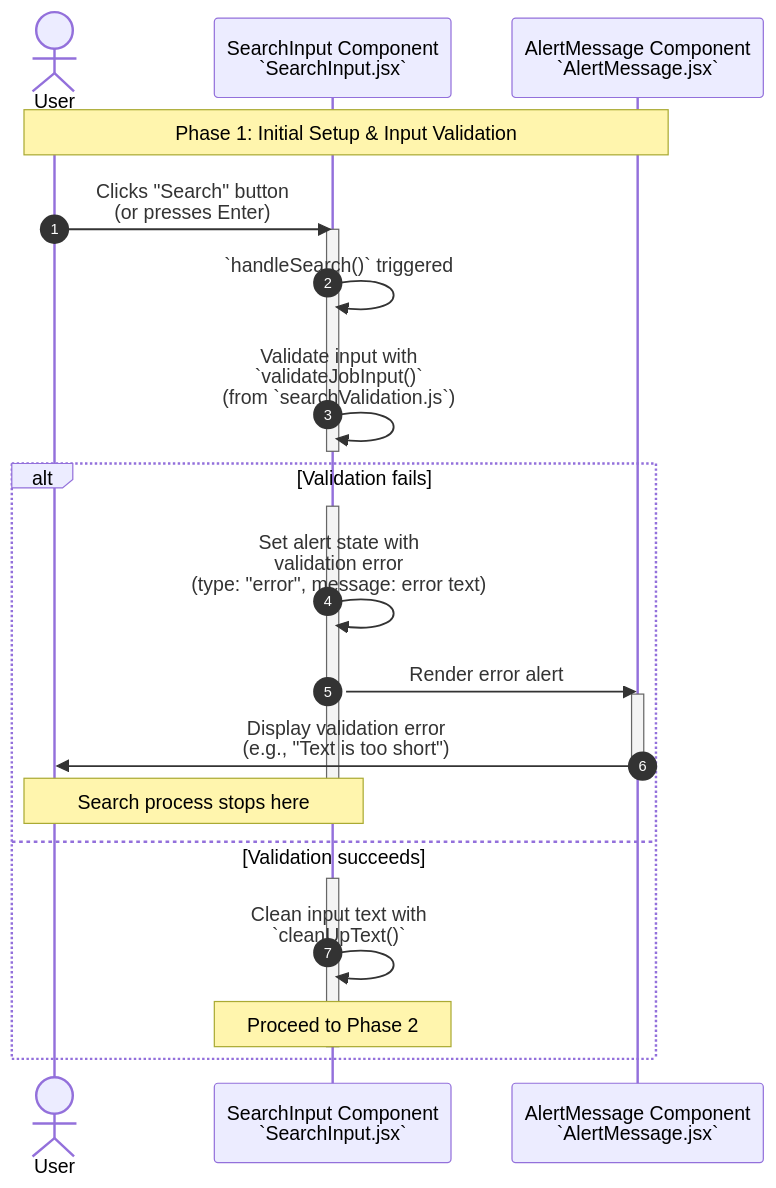
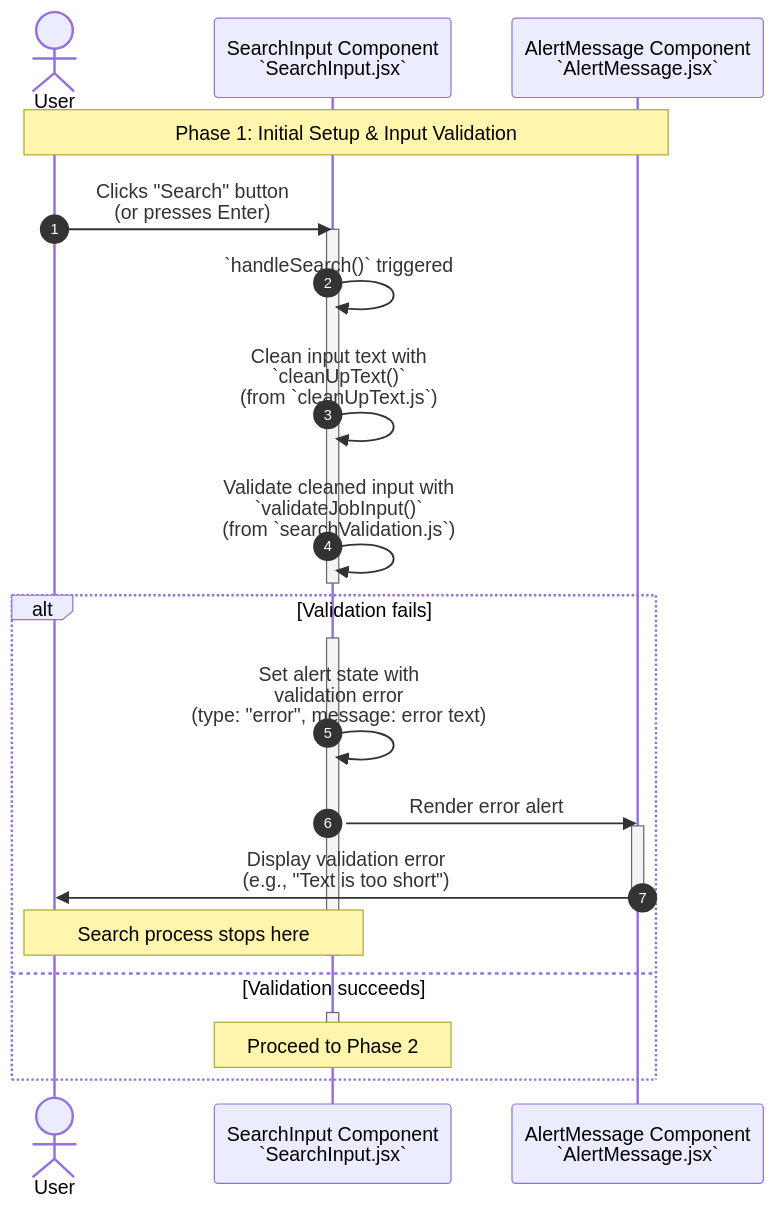
The diagram in documentation/jobFetch/1.Initial Setup & Input Validation.md (YahyaAl-Ademi/2025.10.23-JobCompass), drawn with Mermaid before and after one commit. The commit also changed 1 other file, not shown here.

Commit message:
Fix pagination logic in OpenPositions component to use filteredJobs instead of sortedJobs, ensuring accurate job display. Update job fetch documentation to reflect the new input validation process, including text cleanup before validation.

````diff
--- a/documentation/jobFetch/1.Initial Setup & Input Validation.md
+++ b/documentation/jobFetch/1.Initial Setup & Input Validation.md
@@ -3,30 +3,30 @@
 ```mermaid
 sequenceDiagram
     autonumber
     actor User
     participant SearchInput as SearchInput Component<br/>`SearchInput.jsx`
     participant AlertMessage as AlertMessage Component<br/>`AlertMessage.jsx`
 
     Note over User,AlertMessage: Phase 1: Initial Setup & Input Validation
     User->>SearchInput: Clicks "Search" button<br/>(or presses Enter)
     activate SearchInput
     SearchInput->>SearchInput: `handleSearch()` triggered
-    SearchInput->>SearchInput: Validate input with<br/>`validateJobInput()`<br/>(from `searchValidation.js`)
+    SearchInput->>SearchInput: Clean input text with<br/>`cleanUpText()`<br/>(from `cleanUpText.js`)
+    SearchInput->>SearchInput: Validate cleaned input with<br/>`validateJobInput()`<br/>(from `searchValidation.js`)
     deactivate SearchInput
     
     alt Validation fails
         activate SearchInput
         SearchInput->>SearchInput: Set alert state with<br/>validation error<br/>(type: "error", message: error text)
         SearchInput->>AlertMessage: Render error alert
         activate AlertMessage
         AlertMessage->>User: Display validation error<br/>(e.g., "Text is too short")
         deactivate AlertMessage
         Note over SearchInput,User: Search process stops here
         deactivate SearchInput
     else Validation succeeds
         activate SearchInput
-        SearchInput->>SearchInput: Clean input text with<br/>`cleanUpText()`
         Note over SearchInput: Proceed to Phase 2
         deactivate SearchInput
     end
 ```
````
